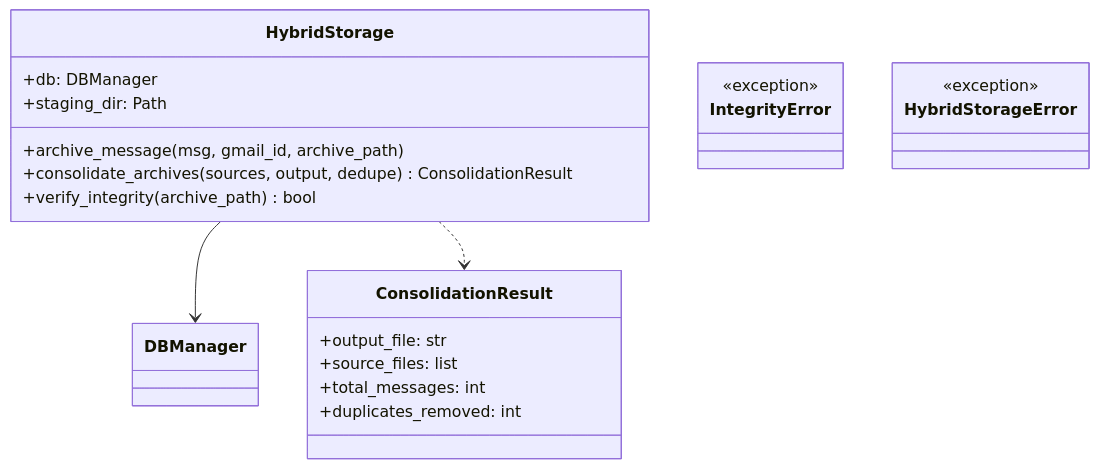
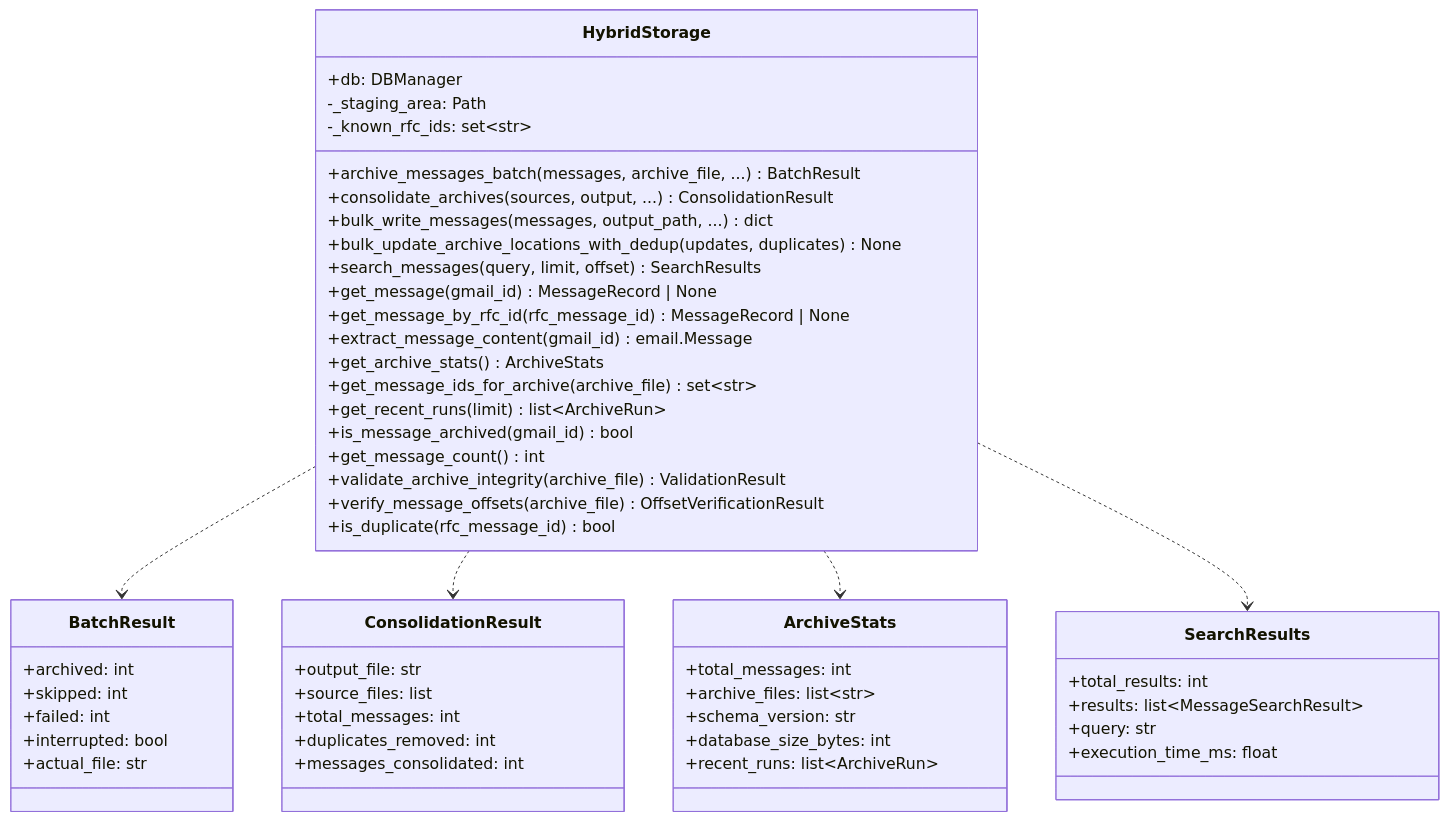
The first of 7 diagrams in src/gmailarchiver/data/ARCHITECTURE.md (tumma72/GMailArchiver), drawn with Mermaid before and after one commit. The commit also changed other lines of this file and 53 other files, not shown here.

First line of the commit message:
refactor: Major architecture cleanup - HybridStorage as single data gateway

````diff
--- a/src/gmailarchiver/data/ARCHITECTURE.md
+++ b/src/gmailarchiver/data/ARCHITECTURE.md
@@ -140,24 +97,68 @@
 ```mermaid
 classDiagram
     class HybridStorage {
         +db: DBManager
-        +staging_dir: Path
-        +archive_message(msg, gmail_id, archive_path)
-        +consolidate_archives(sources, output, dedupe) ConsolidationResult
-        +verify_integrity(archive_path) bool
+        -_staging_area: Path
+        -_known_rfc_ids: set~str~
+
+        %% WRITE OPERATIONS
+        +archive_messages_batch(messages, archive_file, ...) BatchResult
+        +consolidate_archives(sources, output, ...) ConsolidationResult
+        +bulk_write_messages(messages, output_path, ...) dict
+        +bulk_update_archive_locations_with_dedup(updates, duplicates) None
+
+        %% READ OPERATIONS (NEW)
+        +search_messages(query, limit, offset) SearchResults
+        +get_message(gmail_id) MessageRecord | None
+        +get_message_by_rfc_id(rfc_message_id) MessageRecord | None
+        +extract_message_content(gmail_id) email.Message
+
+        %% STATISTICS (NEW - replaces ArchiveState)
+        +get_archive_stats() ArchiveStats
+        +get_message_ids_for_archive(archive_file) set~str~
+        +get_recent_runs(limit) list~ArchiveRun~
+        +is_message_archived(gmail_id) bool
+        +get_message_count() int
+
+        %% VALIDATION
+        +validate_archive_integrity(archive_file) ValidationResult
+        +verify_message_offsets(archive_file) OffsetVerificationResult
+        +is_duplicate(rfc_message_id) bool
     }
-    class IntegrityError {
-        <<exception>>
+
+    class BatchResult {
+        +archived: int
+        +skipped: int
+        +failed: int
+        +interrupted: bool
+        +actual_file: str
     }
-    class HybridStorageError {
-        <<exception>>
-    }
+
     class ConsolidationResult {
         +output_file: str
         +source_files: list
         +total_messages: int
         +duplicates_removed: int
+        +messages_consolidated: int
     }
-    HybridStorage --> DBManager
+
+    class ArchiveStats {
+        +total_messages: int
+        +archive_files: list~str~
+        +schema_version: str
+        +database_size_bytes: int
+        +recent_runs: list~ArchiveRun~
+    }
+
+    class SearchResults {
+        +total_results: int
+        +results: list~MessageSearchResult~
+        +query: str
+        +execution_time_ms: float
+    }
+
+    HybridStorage ..> BatchResult
     HybridStorage ..> ConsolidationResult
+    HybridStorage ..> ArchiveStats
+    HybridStorage ..> SearchResults
 ```
````
